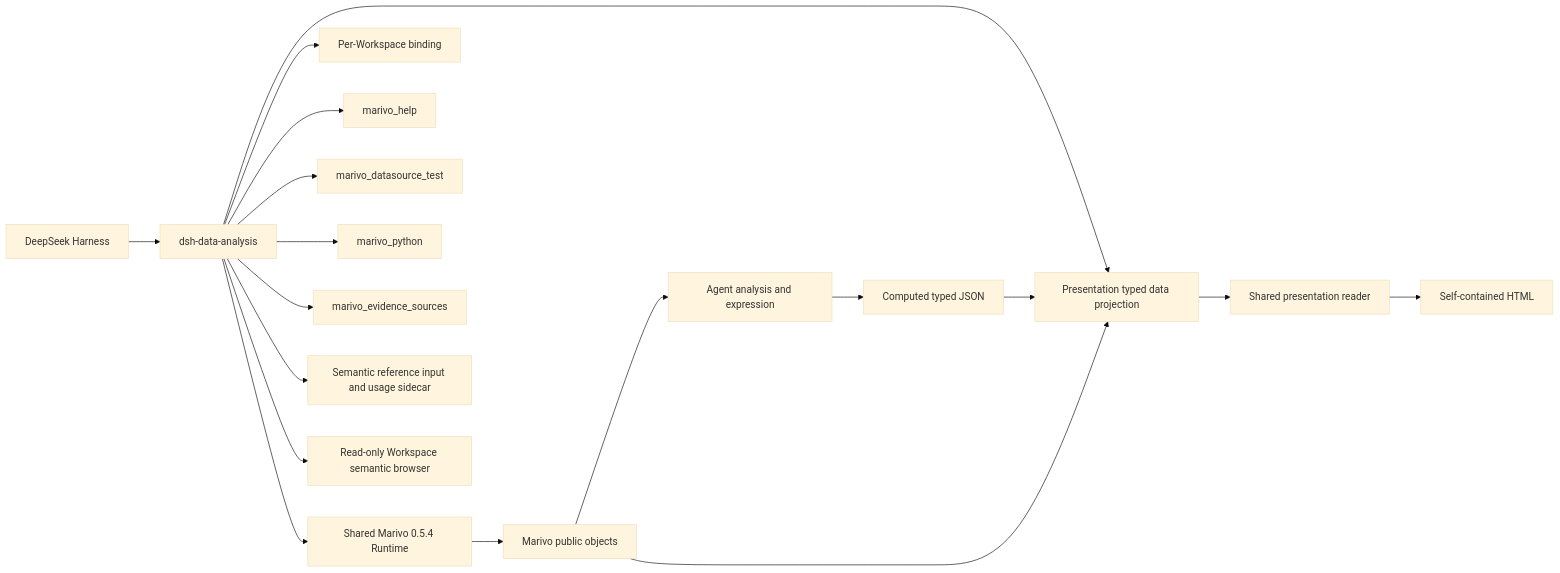
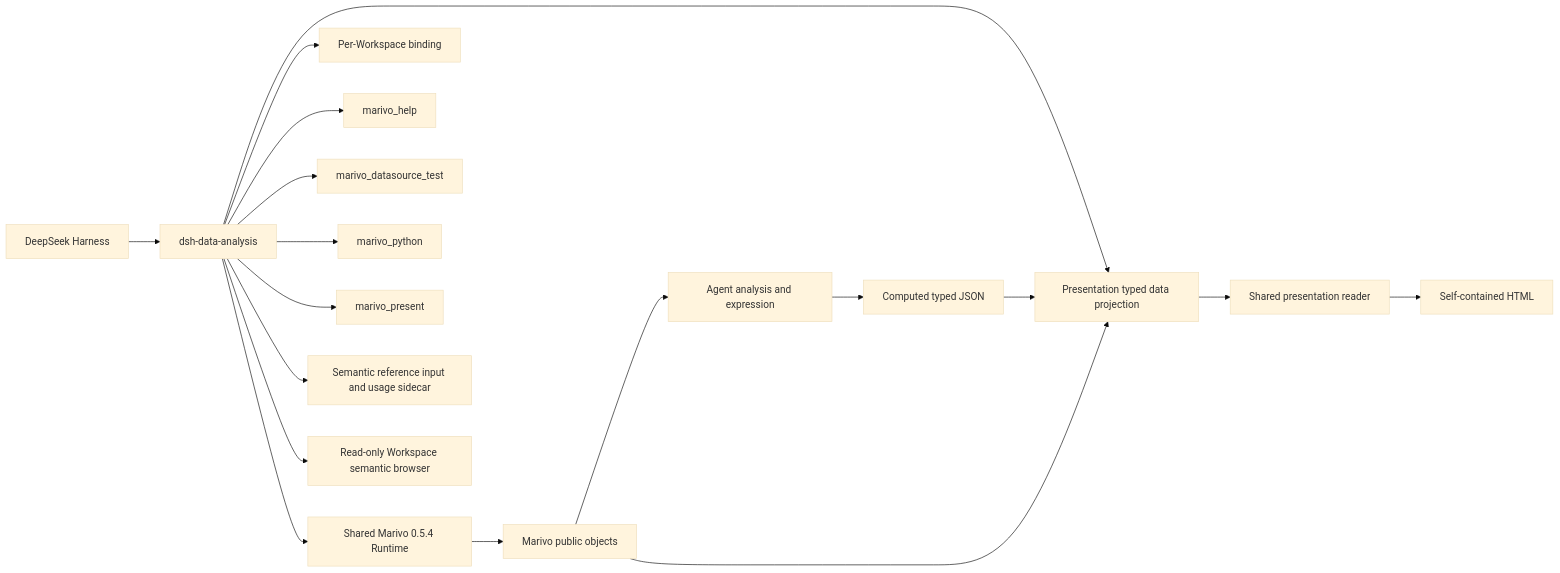
Before and after one commit to chengxianglibra/dsh-data-analysis: the diagram in docs/architecture.md, drawn with Mermaid (base theme). The commit also changed other lines of this file and 51 other files, not shown here.

````diff
--- a/docs/architecture.md
+++ b/docs/architecture.md
@@ -14,20 +15,20 @@
 ```mermaid
 flowchart LR
   D[DeepSeek Harness] --> P[dsh-data-analysis]
   P --> R[Shared Marivo 0.5.4 Runtime]
   P --> W[Per-Workspace binding]
   P --> H[marivo_help]
   P --> T[marivo_datasource_test]
   P --> Y[marivo_python]
-  P --> E[marivo_evidence_sources]
+  P --> E[marivo_present]
   P --> S[Semantic reference input and usage sidecar]
   P --> B[Read-only Workspace semantic browser]
   P --> J[Presentation typed data projection]
   R --> M[Marivo public objects]
   M --> A[Agent analysis and expression]
   A --> C[Computed typed JSON]
   C --> J
   M --> J
   J --> V[Shared presentation reader]
   V --> O[Self-contained HTML]
 ```
````
